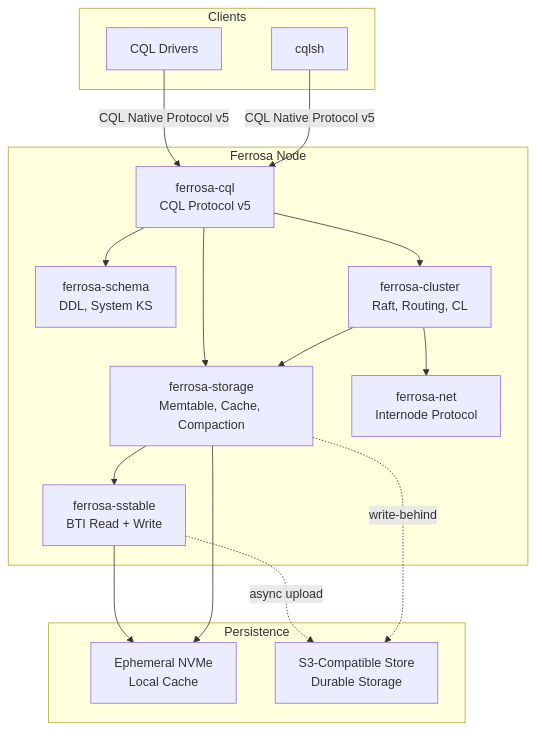
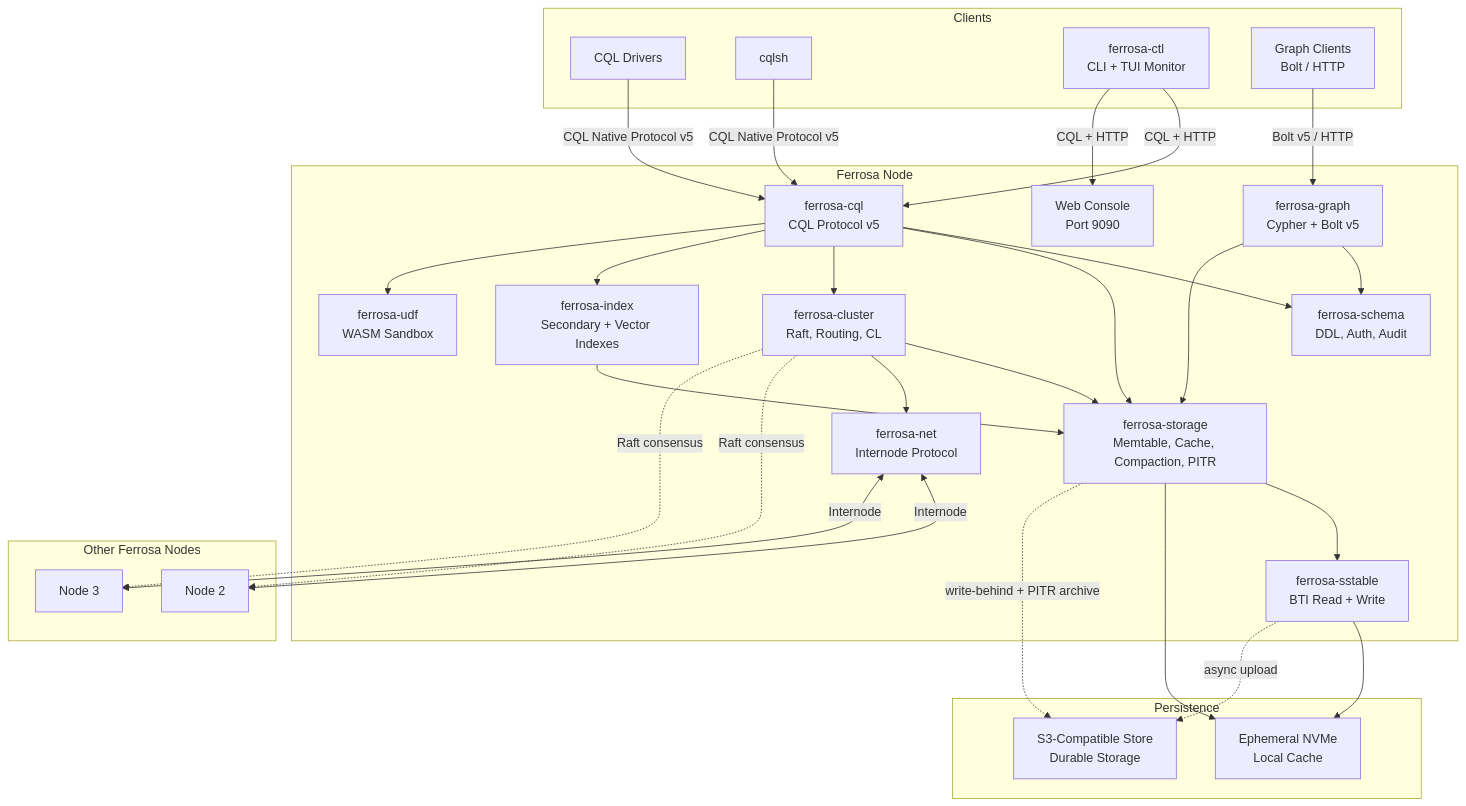
One commit to ferrosadb/ferrosa changed the diagram in README.md. Above: the diagram before and after it, drawn with Mermaid. The commit also changed other lines of this file and 13 other files, not shown here.

````diff
--- a/README.md
+++ b/README.md
@@ -40,33 +40,53 @@
 ```mermaid
 graph TB
     subgraph Clients
         D1[CQL Drivers]
         D2[cqlsh]
+        D3[ferrosa-ctl<br/>CLI + TUI Monitor]
+        D4[Graph Clients<br/>Bolt / HTTP]
     end
 
     subgraph "Ferrosa Node"
         CQL[ferrosa-cql<br/>CQL Protocol v5]
-        Schema[ferrosa-schema<br/>DDL, System KS]
+        Graph[ferrosa-graph<br/>Cypher + Bolt v5]
+        Schema[ferrosa-schema<br/>DDL, Auth, Audit]
         Cluster[ferrosa-cluster<br/>Raft, Routing, CL]
-        Storage[ferrosa-storage<br/>Memtable, Cache, Compaction]
+        Index[ferrosa-index<br/>Secondary + Vector Indexes]
+        UDF[ferrosa-udf<br/>WASM Sandbox]
+        Storage[ferrosa-storage<br/>Memtable, Cache, Compaction, PITR]
         SST[ferrosa-sstable<br/>BTI Read + Write]
         Net[ferrosa-net<br/>Internode Protocol]
+        Web[Web Console<br/>Port 9090]
     end
 
     subgraph "Persistence"
         NVMe[Ephemeral NVMe<br/>Local Cache]
         S3[S3-Compatible Store<br/>Durable Storage]
     end
 
+    subgraph "Other Ferrosa Nodes"
+        N2[Node 2]
+        N3[Node 3]
+    end
+
     D1 & D2 -->|CQL Native Protocol v5| CQL
+    D3 -->|CQL + HTTP| CQL & Web
+    D4 -->|Bolt v5 / HTTP| Graph
     CQL --> Schema
     CQL --> Storage
     CQL --> Cluster
+    CQL --> Index
+    CQL --> UDF
+    Graph --> Schema
+    Graph --> Storage
     Cluster --> Storage
+    Index --> Storage
     Cluster --> Net
     Storage --> SST
     SST --> NVMe
     SST -.->|async upload| S3
     Storage --> NVMe
-    Storage -.->|write-behind| S3
+    Storage -.->|write-behind + PITR archive| S3
+    Net <-->|Internode| N2 & N3
+    Cluster -.->|Raft consensus| N2 & N3
 ```
````
